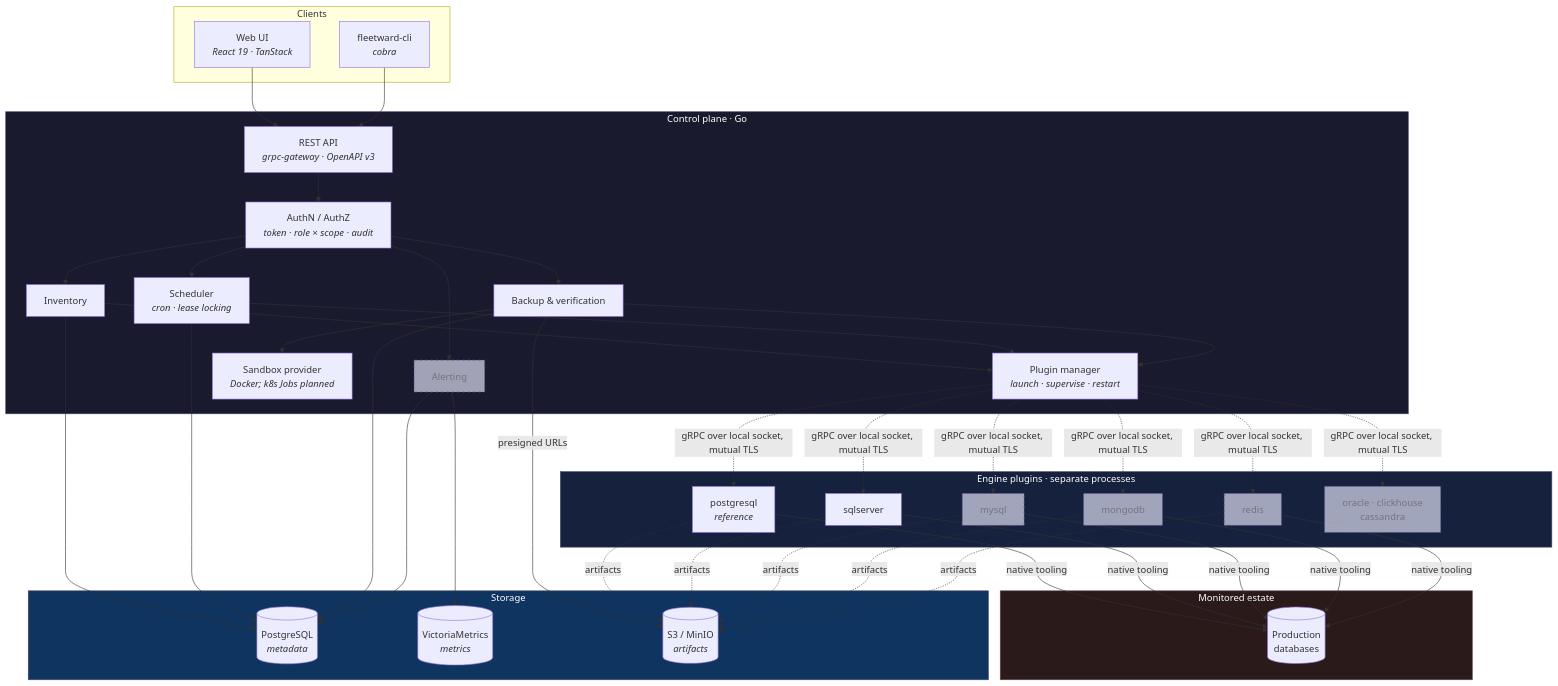
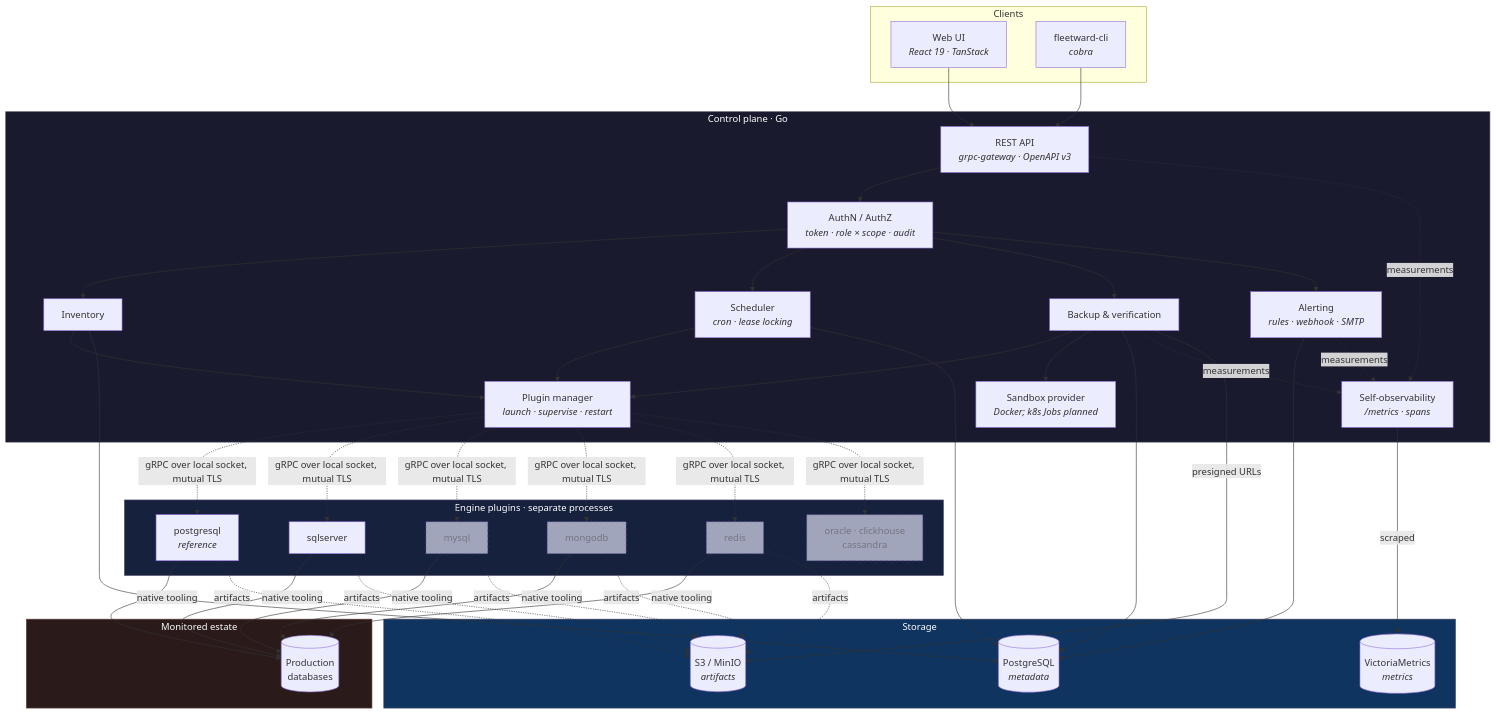
One commit to danmorcov88/Fleetward changed the first of 2 diagrams in docs/architecture.md. Above: the diagram before and after it, drawn with Mermaid. The commit also changed other lines of this file and 33 other files, not shown here.

````diff
--- a/docs/architecture.md
+++ b/docs/architecture.md
@@ -7,57 +7,59 @@
 ```mermaid
 flowchart TB
     subgraph clients["Clients"]
         UI["Web UI<br/><i>React 19 · TanStack</i>"]
         CLI["fleetward-cli<br/><i>cobra</i>"]
     end
 
     subgraph core["Control plane · Go"]
         API["REST API<br/><i>grpc-gateway · OpenAPI v3</i>"]
         RBAC["AuthN / AuthZ<br/><i>token · role × scope · audit</i>"]
         INV["Inventory"]
         SCHED["Scheduler<br/><i>cron · lease locking</i>"]
         BACKUP["Backup &amp; verification"]
-        ALERT["Alerting"]:::planned
+        ALERT["Alerting<br/><i>rules · webhook · SMTP</i>"]
         PM["Plugin manager<br/><i>launch · supervise · restart</i>"]
+        OBS["Self-observability<br/><i>/metrics · spans</i>"]
         SANDBOX["Sandbox provider<br/><i>Docker; k8s Jobs planned</i>"]
     end
 
     subgraph plugins["Engine plugins · separate processes"]
         PG["postgresql<br/><i>reference</i>"]
         MS["sqlserver"]
         MY["mysql"]:::planned
         MG["mongodb"]:::planned
         RD["redis"]:::planned
         FUTURE["oracle · clickhouse<br/>cassandra"]:::planned
     end
 
     subgraph storage["Storage"]
         META[("PostgreSQL<br/><i>metadata</i>")]
         TSDB[("VictoriaMetrics<br/><i>metrics</i>")]
         OBJ[("S3 / MinIO<br/><i>artifacts</i>")]
     end
 
     subgraph estate["Monitored estate"]
         DB1[("Production<br/>databases")]
     end
 
     UI --> API
     CLI --> API
     API --> RBAC
     RBAC --> INV & SCHED & BACKUP & ALERT
     INV & SCHED & BACKUP --> PM
     BACKUP --> SANDBOX
     PM -.->|"gRPC over local socket, mutual TLS"| PG & MS & MY & MG & RD & FUTURE
     PG & MS & MY & MG & RD -->|"native tooling"| DB1
     INV & SCHED & BACKUP & ALERT --> META
+    API & BACKUP & ALERT -.->|"measurements"| OBS
     BACKUP -->|"presigned URLs"| OBJ
     PG & MS & MY & MG & RD -.->|"artifacts"| OBJ
-    ALERT --> TSDB
+    OBS -->|"scraped"| TSDB
 
     classDef planned stroke-dasharray:5 4,opacity:0.65
 
     style core fill:#1a1a2e,stroke:#4a4a6a,color:#fff
     style plugins fill:#16213e,stroke:#4a4a6a,color:#fff
     style storage fill:#0f3460,stroke:#4a4a6a,color:#fff
     style estate fill:#2a1a1a,stroke:#6a4a4a,color:#fff
 ```
````
